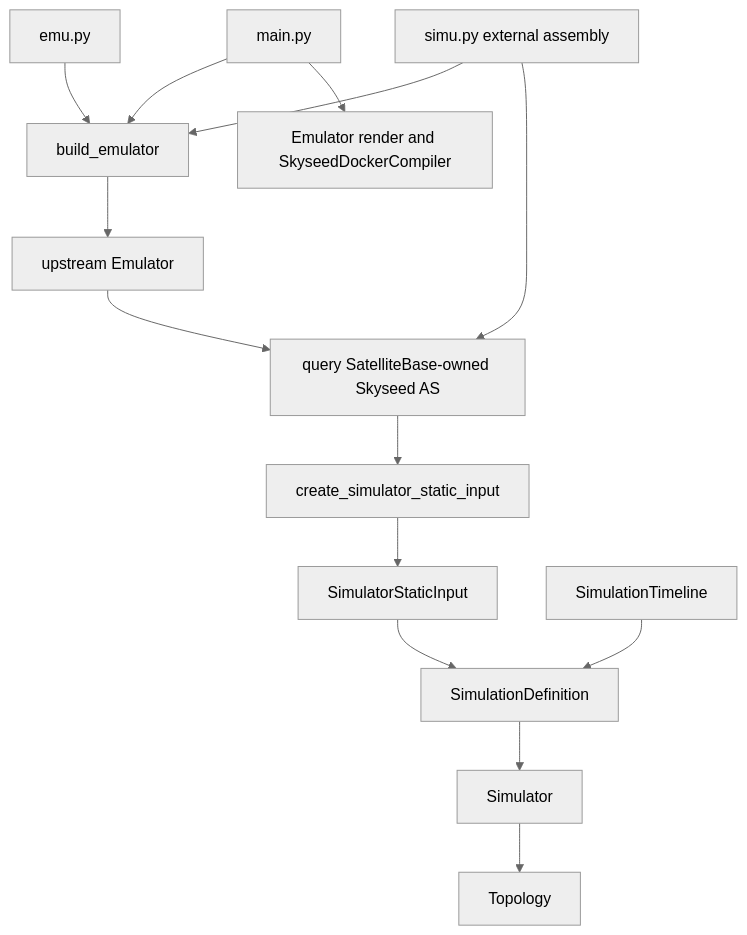
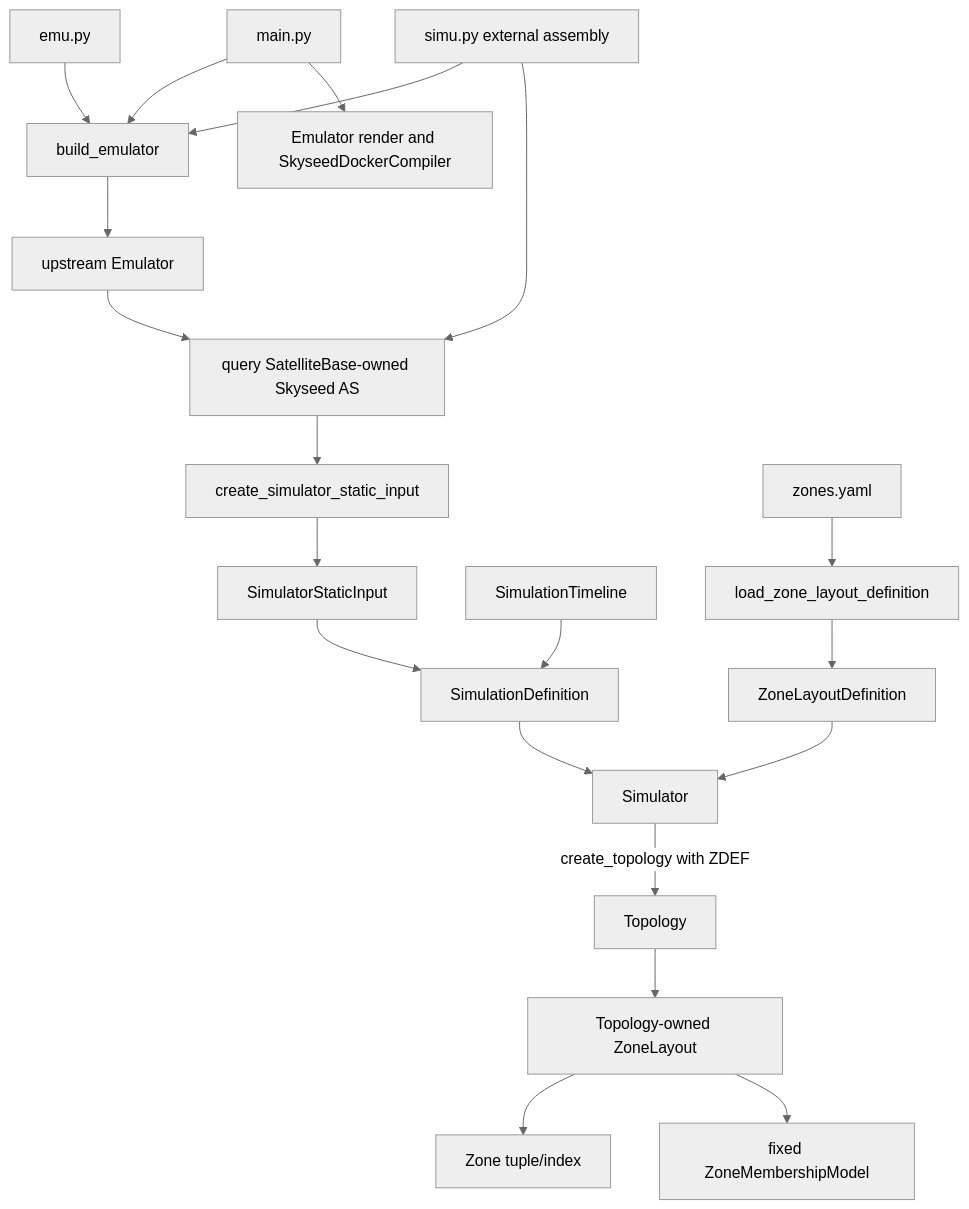
The fourth of 9 diagrams in skyseed_v2/docs/architecture/diagrams.md (seed-labs/skyseed), drawn with Mermaid (neutral theme) before and after one commit. The commit also changed other lines of this file and 30 other files, not shown here.

````diff
--- a/skyseed_v2/docs/architecture/diagrams.md
+++ b/skyseed_v2/docs/architecture/diagrams.md
@@ -113,18 +115,24 @@
 ```mermaid
 flowchart TD
     EMU[emu.py] --> BUILD[build_emulator]
     BUILD --> UP[upstream Emulator]
 
     MAIN[main.py] --> BUILD
     MAIN --> RENDER[Emulator render and SkyseedDockerCompiler]
 
     SIMU[simu.py external assembly] --> BUILD
     SIMU --> BASE[query SatelliteBase-owned Skyseed AS]
     UP --> BASE
     BASE --> ADAPT[create_simulator_static_input]
     ADAPT --> INPUT[SimulatorStaticInput]
     INPUT --> DEF[SimulationDefinition]
     TIMELINE[SimulationTimeline] --> DEF
     DEF --> SIM[Simulator]
-    SIM --> TOP[Topology]
+    ZYAML[zones.yaml] --> ZLOAD[load_zone_layout_definition]
+    ZLOAD --> ZDEF[ZoneLayoutDefinition]
+    ZDEF --> SIM
+    SIM -->|create_topology with ZDEF| TOP[Topology]
+    TOP --> ZLAYOUT[Topology-owned ZoneLayout]
+    ZLAYOUT --> ZONES[Zone tuple/index]
+    ZLAYOUT --> MODEL[fixed ZoneMembershipModel]
 ```
````
